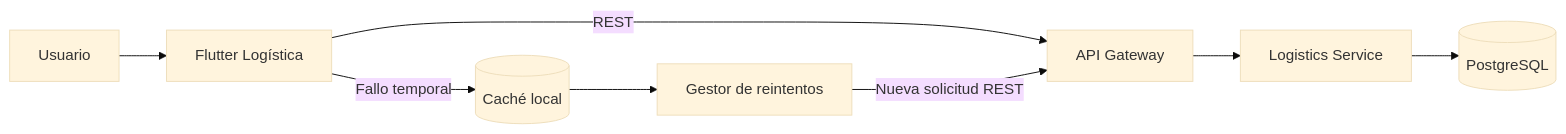
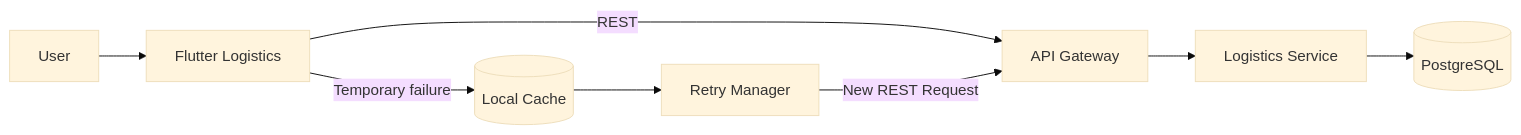
One commit to migueval/software-engineering changed the eighth of 29 diagrams in Connectivity Strategies in Distributed Systems/ARCHITECTURE.md. Above: the diagram before and after it, drawn with Mermaid (base theme). The commit also changed other lines of this file and 19 other files, not shown here.

````diff
--- a/Connectivity Strategies in Distributed Systems/ARCHITECTURE.md
+++ b/Connectivity Strategies in Distributed Systems/ARCHITECTURE.md
@@ -447,20 +447,20 @@
 ```mermaid
 flowchart LR
 
-    USER["Usuario"]
-    APP["Flutter Logística"]
-    CACHE[("Caché local")]
-    RETRY["Gestor de reintentos"]
+    USER["User"]
+    APP["Flutter Logistics"]
+    CACHE[("Local Cache")]
+    RETRY["Retry Manager"]
     API["API Gateway"]
     SERVICE["Logistics Service"]
     DB[("PostgreSQL")]
 
     USER --> APP
     APP -->|"REST"| API
     API --> SERVICE
     SERVICE --> DB
 
-    APP -->|"Fallo temporal"| CACHE
+    APP -->|"Temporary failure"| CACHE
     CACHE --> RETRY
-    RETRY -->|"Nueva solicitud REST"| API
+    RETRY -->|"New REST Request"| API
 ```
````
